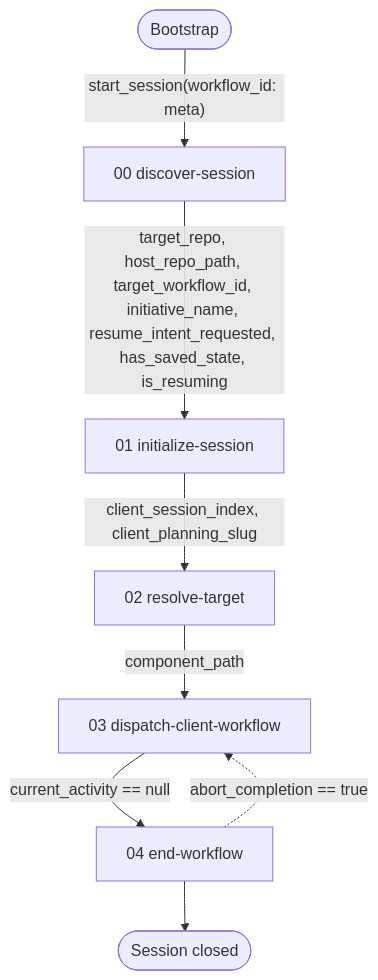
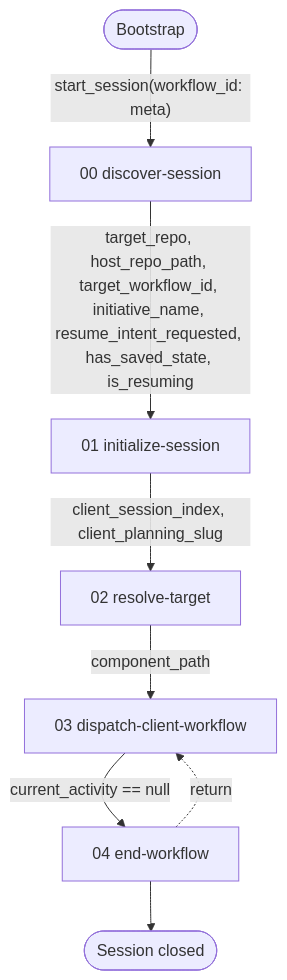
Before and after one commit to m2ux/workflow-server: the diagram in meta/README.md, drawn with Mermaid. The commit also changed other lines of this file and 74 other files, not shown here.

````diff
--- a/meta/README.md
+++ b/meta/README.md
@@ -37,10 +37,10 @@
 ```mermaid
 graph TD
     startNode(["Bootstrap"]) -->|"start_session(workflow_id: meta)"| DS["00 discover-session"]
     DS -->|"target_repo, host_repo_path, target_workflow_id, initiative_name, resume_intent_requested, has_saved_state, is_resuming"| INI["01 initialize-session"]
     INI -->|"client_session_index, client_planning_slug"| RT["02 resolve-target"]
     RT -->|"component_path"| DSP["03 dispatch-client-workflow"]
     DSP -->|"current_activity == null"| END["04 end-workflow"]
-    END -.->|"abort_completion == true"| DSP
+    END -.->|"return"| DSP
     END --> doneNode(["Session closed"])
 ```
````
